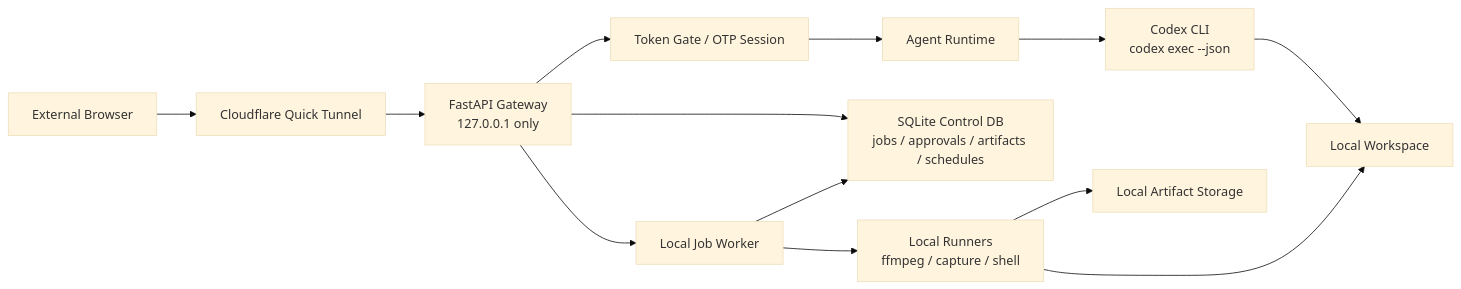
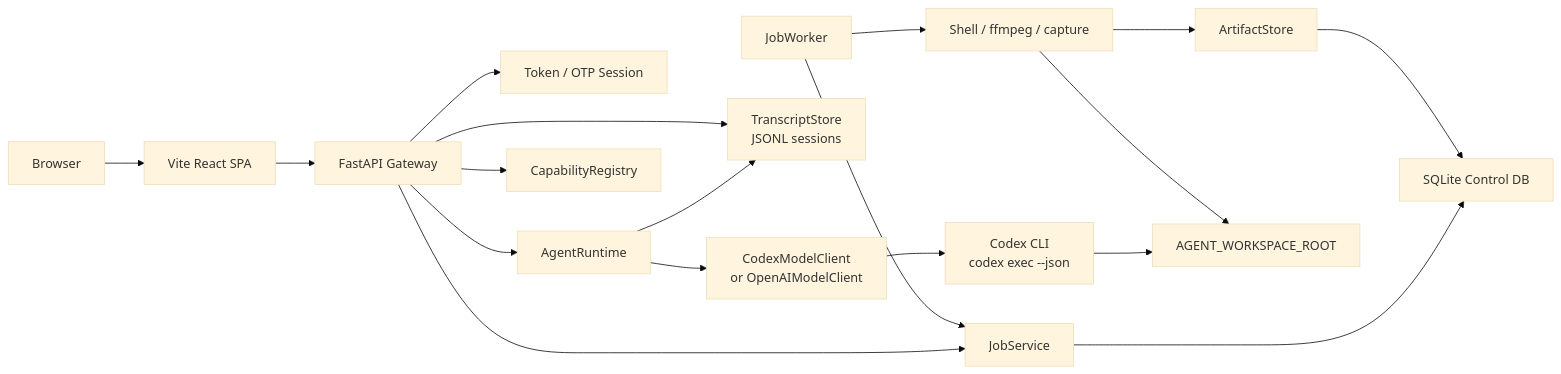
Before and after one commit to LeeLeeLeeee/personal-agent-gateway: the second of 2 diagrams in README.md, drawn with Mermaid (base theme). The commit also changed other lines of this file and 35 other files, not shown here.

Commit message:
feat: migrate frontend to Vite React

````diff
--- a/README.md
+++ b/README.md
@@ -116,27 +135,36 @@
 ```mermaid
 flowchart LR
-    Browser[External Browser]
-    Tunnel[Cloudflare Quick Tunnel]
-    Gateway[FastAPI Gateway<br/>127.0.0.1 only]
-    Auth[Token Gate / OTP Session]
-    Runtime[Agent Runtime]
+    Browser[Browser]
+    React[Vite React SPA]
+    Gateway[FastAPI Gateway]
+    Auth[Token / OTP Session]
+    Runtime[AgentRuntime]
+    Provider[CodexModelClient<br/>or OpenAIModelClient]
     Codex[Codex CLI<br/>codex exec --json]
-    Control[SQLite Control DB<br/>jobs / approvals / artifacts / schedules]
-    Worker[Local Job Worker]
-    Runners[Local Runners<br/>ffmpeg / capture / shell]
-    Workspace[Local Workspace]
-    Storage[Local Artifact Storage]
+    Transcript[TranscriptStore<br/>JSONL sessions]
+    Control[SQLite Control DB]
+    Registry[CapabilityRegistry]
+    Jobs[JobService]
+    Worker[JobWorker]
+    Runners[Shell / ffmpeg / capture]
+    Artifacts[ArtifactStore]
+    Workspace[AGENT_WORKSPACE_ROOT]
 
-    Browser --> Tunnel
-    Tunnel --> Gateway
+    Browser --> React
+    React --> Gateway
     Gateway --> Auth
-    Auth --> Runtime
-    Runtime --> Codex
+    Gateway --> Runtime
+    Runtime --> Provider
+    Provider --> Codex
     Codex --> Workspace
-    Gateway --> Control
-    Gateway --> Worker
+    Runtime --> Transcript
+    Gateway --> Transcript
+    Gateway --> Registry
+    Gateway --> Jobs
+    Jobs --> Control
+    Worker --> Jobs
     Worker --> Runners
     Runners --> Workspace
-    Runners --> Storage
-    Worker --> Control
+    Runners --> Artifacts
+    Artifacts --> Control
 ```
````
